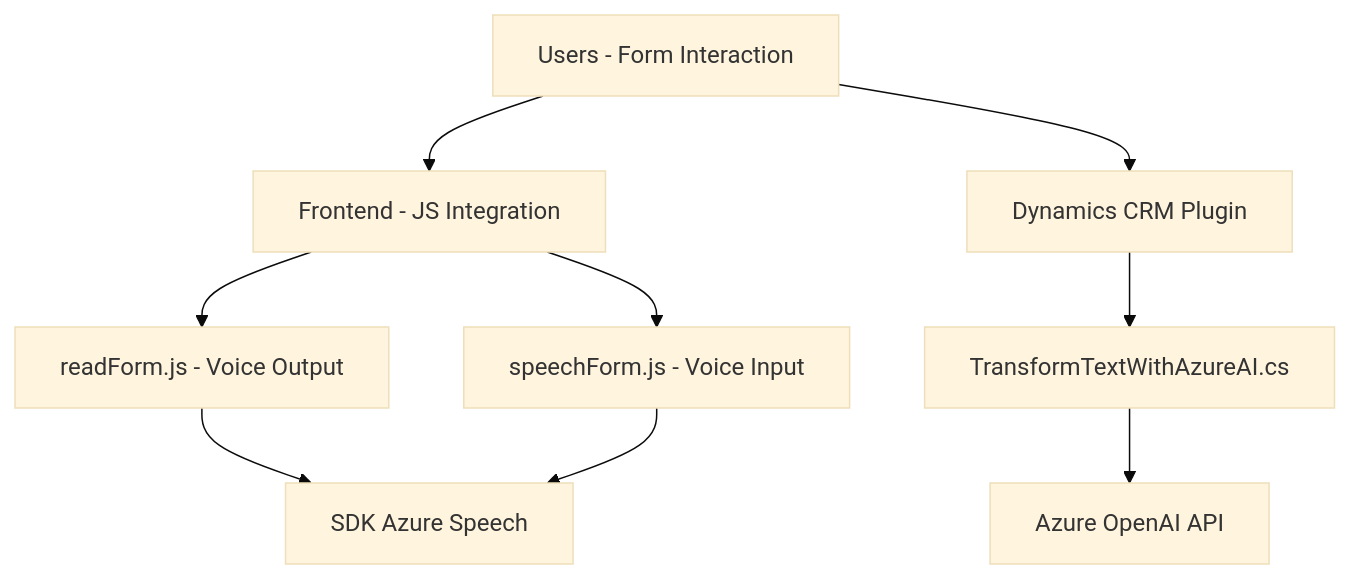
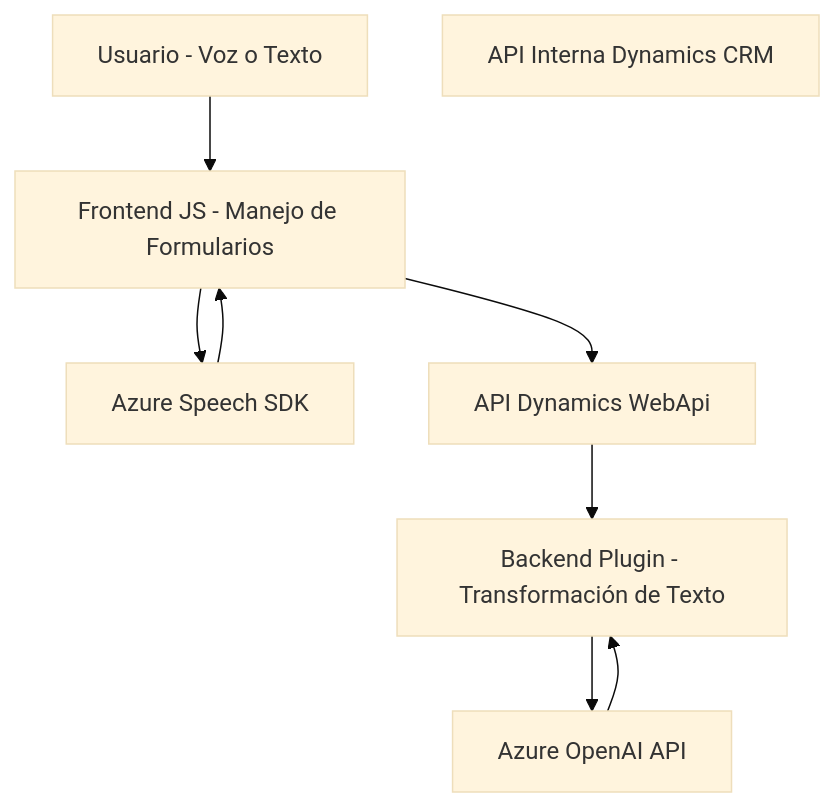
One commit to blopezdm/NETCORE_BILBAO2025 changed the diagram in README.md. Above: the diagram before and after it, drawn with Mermaid (base theme). The commit also changed other lines of this file, not shown here.

````diff
--- a/README.md
+++ b/README.md
@@ -40,20 +53,18 @@
 ```mermaid
 graph TD
-    A["Frontend - JS Integration"]
-    B["readForm.js - Voice Output"]
-    C["speechForm.js - Voice Input"]
-    D["SDK Azure Speech"]
-    E["Dynamics CRM Plugin"]
-    F["TransformTextWithAzureAI.cs"]
+    A["Usuario - Voz o Texto"]
+    B["Frontend JS - Manejo de Formularios"]
+    C["Azure Speech SDK"]
+    D["API Dynamics WebApi"]
+    E["API Interna Dynamics CRM"]
+    F["Backend Plugin - Transformación de Texto"]
     G["Azure OpenAI API"]
-    H["Users - Form Interaction"]
 
     A --> B
-    A --> C
+    B --> C
     B --> D
-    C --> D
-    E --> F
+    D --> F
     F --> G
-    H --> A
-    H --> E
+    C --> B
+    G --> F
 ```
````
